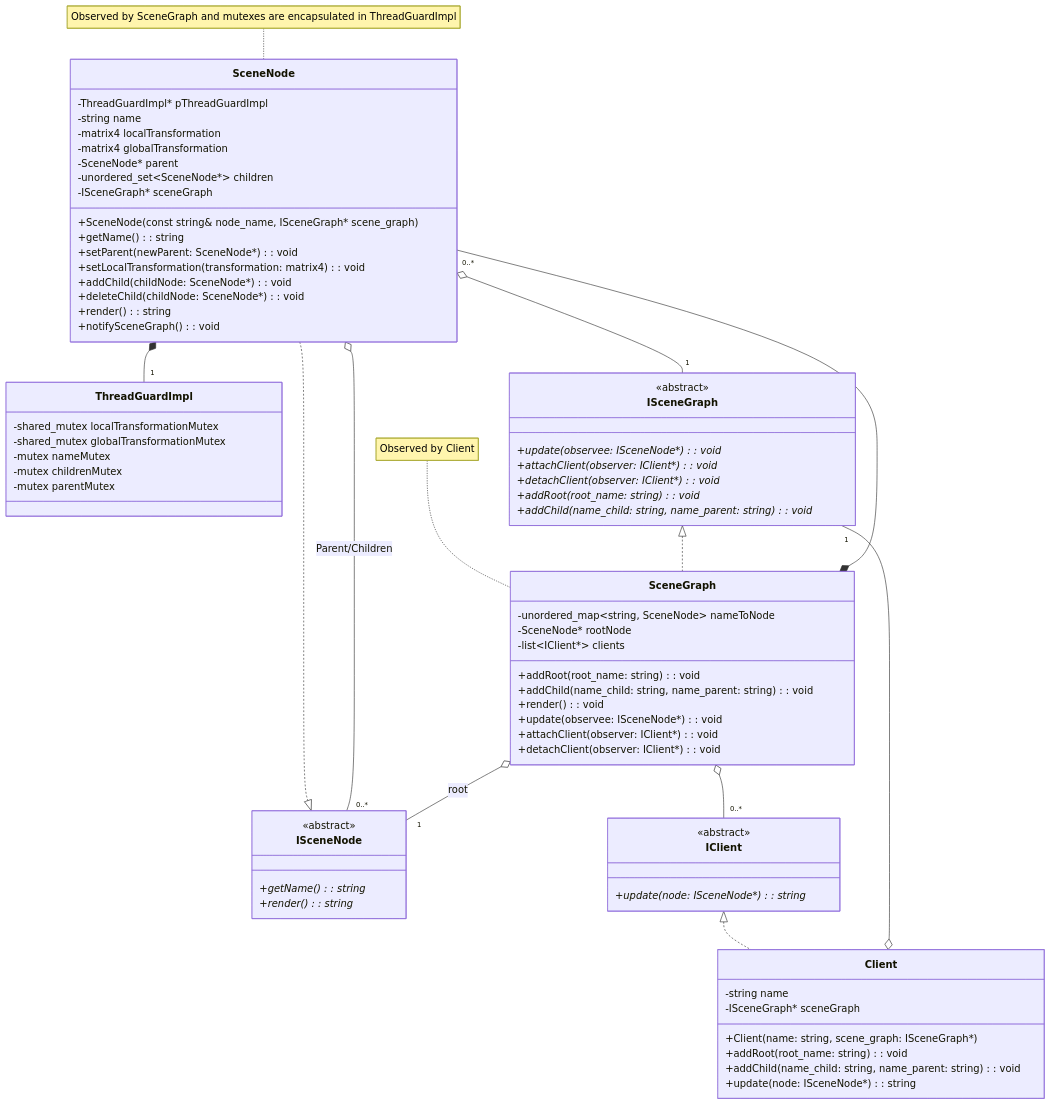
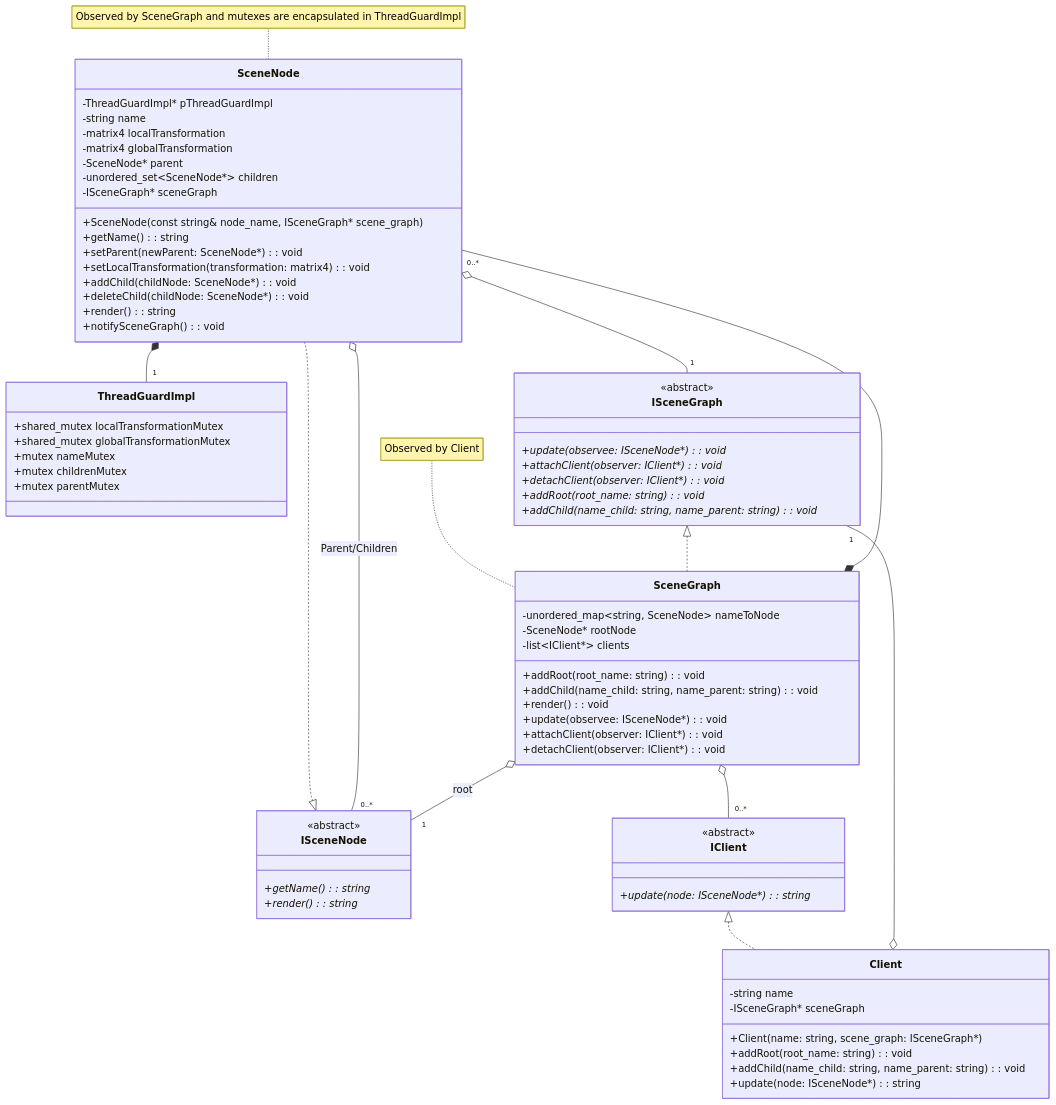
The diagram in diagrams/class diagram.md (omarekik/SceneGraph), drawn with Mermaid before and after one commit. The commit also changed 9 other files, not shown here.

Commit message:
added reparent of child node in the scene graph and generic implementation of matrix4 with its unit test

````diff
--- a/diagrams/class diagram.md
+++ b/diagrams/class diagram.md
@@ -1,77 +1,77 @@
 ```mermaid
 classDiagram
     note for SceneNode "Observed by SceneGraph and mutexes are encapsulated in ThreadGuardImpl"
     note for SceneGraph "Observed by Client"
     class ISceneNode {
         <<abstract>> 
         +getName()*: string
         +render()*: string
     }
     class SceneNode {
         -ThreadGuardImpl* pThreadGuardImpl
         -string name
         -matrix4 localTransformation
         -matrix4 globalTransformation
         -SceneNode* parent
         -unordered_set~SceneNode*~ children
         -ISceneGraph* sceneGraph
         +SceneNode(const string& node_name, ISceneGraph* scene_graph)
         +getName(): string
         +setParent(newParent: SceneNode*): void
         +setLocalTransformation(transformation: matrix4): void
         +addChild(childNode: SceneNode*): void
         +deleteChild(childNode: SceneNode*): void
         +render(): string
         +notifySceneGraph(): void
     }
     class ThreadGuardImpl {
-        -shared_mutex localTransformationMutex
-        -shared_mutex globalTransformationMutex
-        -mutex nameMutex
-        -mutex childrenMutex
-        -mutex parentMutex
+        +shared_mutex localTransformationMutex
+        +shared_mutex globalTransformationMutex
+        +mutex nameMutex
+        +mutex childrenMutex
+        +mutex parentMutex
     }
     class ISceneGraph {
         <<abstract>> 
         +update(observee: ISceneNode*)*: void
         +attachClient(observer: IClient*)*: void
         +detachClient(observer: IClient*)*: void
         +addRoot(root_name: string)*: void
         +addChild(name_child: string, name_parent: string)*: void
     }
     class SceneGraph {
         -unordered_map~string, SceneNode~ nameToNode
         -SceneNode* rootNode
         -list~IClient*~ clients
         +addRoot(root_name: string): void
         +addChild(name_child: string, name_parent: string): void
         +render(): void
         +update(observee: ISceneNode*): void
         +attachClient(observer: IClient*): void
         +detachClient(observer: IClient*): void
     }
     class IClient {
         <<abstract>> 
         +update(node: ISceneNode*)*: string
     }
     class Client {
         -string name
         -ISceneGraph* sceneGraph
         +Client(name: string, scene_graph: ISceneGraph*)
         +addRoot(root_name: string): void
         +addChild(name_child: string, name_parent: string): void
         +update(node: ISceneNode*): string
     }
     
     SceneNode ..|> ISceneNode
     SceneNode *-- "1" ThreadGuardImpl
     SceneNode o-- "0..*" ISceneNode: Parent/Children
     SceneNode o-- "1" ISceneGraph
     ISceneGraph <|.. SceneGraph
     SceneGraph *-- "0..*" SceneNode
     SceneGraph o-- "1" ISceneNode: root
     SceneGraph o-- "0..*" IClient
     IClient <|.. Client
     Client o-- "1" ISceneGraph
 
 ```
````
